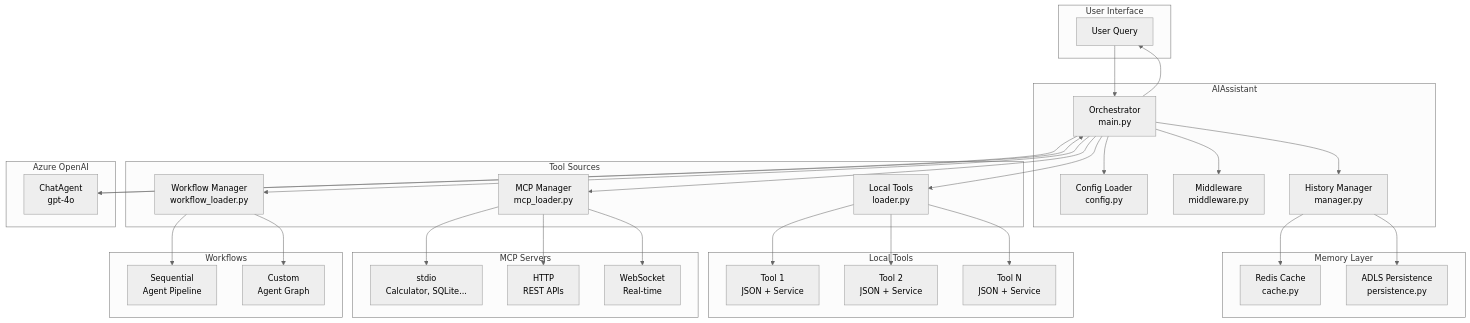
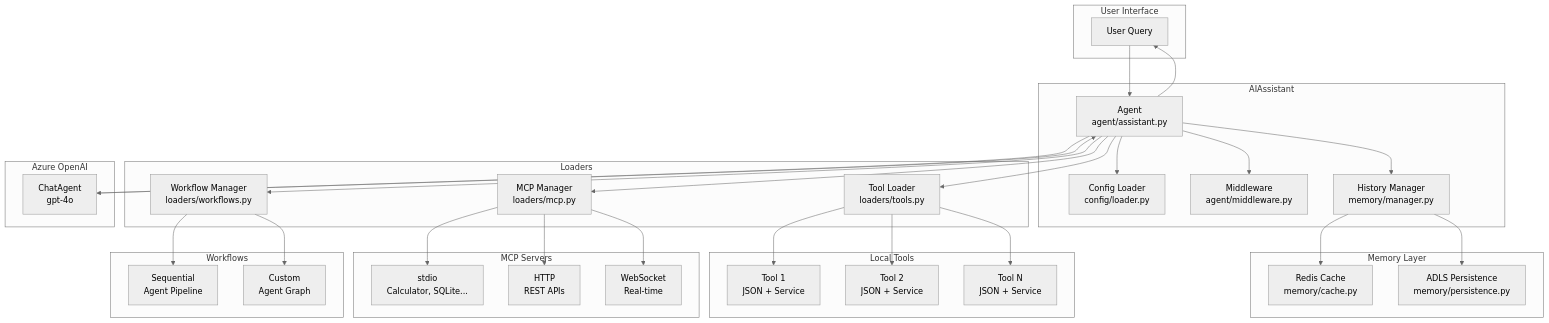
Before and after one commit to Scientialibera/MSFT-AGENT-FRAMEWORK: the first of 8 diagrams in docs/architecture.md, drawn with Mermaid (neutral theme). The commit also changed other lines of this file and 16 other files, not shown here.

First line of the commit message:
refactor: reorganize src/ into agent/, config/, loaders/ modules

````diff
--- a/docs/architecture.md
+++ b/docs/architecture.md
@@ -7,66 +7,66 @@
 ```mermaid
 graph TB
     subgraph "User Interface"
         U[User Query]
     end
     
     subgraph "AIAssistant"
-        O[Orchestrator<br/>main.py]
-        C[Config Loader<br/>config.py]
-        M[Middleware<br/>middleware.py]
-        H[History Manager<br/>manager.py]
+        O[Agent<br/>agent/assistant.py]
+        C[Config Loader<br/>config/loader.py]
+        M[Middleware<br/>agent/middleware.py]
+        H[History Manager<br/>memory/manager.py]
     end
     
-    subgraph "Tool Sources"
-        L[Local Tools<br/>loader.py]
-        MCP[MCP Manager<br/>mcp_loader.py]
-        W[Workflow Manager<br/>workflow_loader.py]
+    subgraph "Loaders"
+        L[Tool Loader<br/>loaders/tools.py]
+        MCP[MCP Manager<br/>loaders/mcp.py]
+        W[Workflow Manager<br/>loaders/workflows.py]
     end
     
     subgraph "Memory Layer"
-        RC[Redis Cache<br/>cache.py]
-        AP[ADLS Persistence<br/>persistence.py]
+        RC[Redis Cache<br/>memory/cache.py]
+        AP[ADLS Persistence<br/>memory/persistence.py]
     end
     
     subgraph "Local Tools"
         T1[Tool 1<br/>JSON + Service]
         T2[Tool 2<br/>JSON + Service]
         TN[Tool N<br/>JSON + Service]
     end
     
     subgraph "MCP Servers"
         MS1[stdio<br/>Calculator, SQLite...]
         MS2[HTTP<br/>REST APIs]
         MS3[WebSocket<br/>Real-time]
     end
     
     subgraph "Workflows"
         WS[Sequential<br/>Agent Pipeline]
         WC[Custom<br/>Agent Graph]
     end
     
     subgraph "Azure OpenAI"
         AO[ChatAgent<br/>gpt-4o]
     end
     
     U --> O
     O --> C
     O --> M
     O --> H
     O --> L
     O --> MCP
     H --> RC
     H --> AP
     O --> W
     L --> T1
     L --> T2
     L --> TN
     MCP --> MS1
     MCP --> MS2
     MCP --> MS3
     W --> WS
     W --> WC
     O --> AO
     AO --> O
     O --> U
 ```
````
